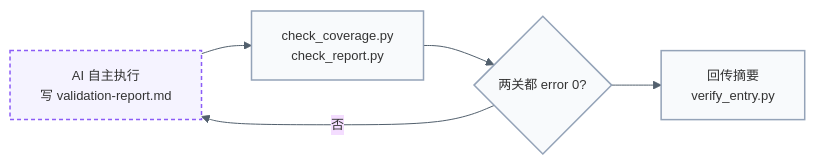
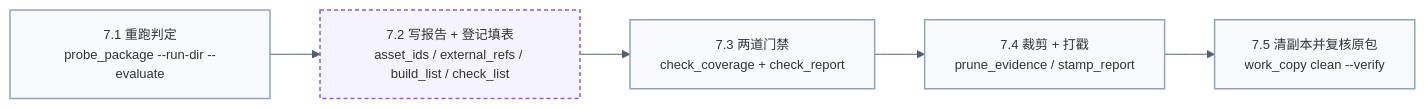
Before and after one commit to KnowledgeXLab/sci-asset-verify-skill: the third of 3 diagrams in README.md, drawn with Mermaid. The commit also changed other lines of this file, not shown here.

````diff
--- a/README.md
+++ b/README.md
@@ -226,11 +225,10 @@
-    ```mermaid
-    %%{init: {"theme": "base", "themeVariables": {"fontSize": "13px", "lineColor": "#52606d"}}}%%
-    flowchart LR
-        S3["AI 自主执行<br/>写 validation-report.md"] --> S3b["check_coverage.py<br/>check_report.py"] --> G{"两关都 error 0?"} --> OUT["回传摘要<br/>verify_entry.py"]
-        G -- 否 --> S3
+```mermaid
+%%{init: {"theme": "base", "themeVariables": {"fontSize": "13px", "lineColor": "#52606d"}}}%%
+flowchart LR
+    H1["7.1 重跑判定<br/>probe_package --run-dir --evaluate"] --> H2["7.2 写报告 + 登记填表<br/>asset_ids / external_refs / build_list / check_list"] --> H3["7.3 两道门禁<br/>check_coverage + check_report"] --> H4["7.4 裁剪 + 打戳<br/>prune_evidence / stamp_report"] --> H5["7.5 清副本并复核原包<br/>work_copy clean --verify"]
 
-        classDef script fill:#f8fafc,stroke:#94a3b8,stroke-width:1.5px;
-        classDef ai fill:#f5f3ff,stroke:#8b5cf6,stroke-width:1.5px,stroke-dasharray:4 3;
-        class S3 ai;
-        class S3b,G,OUT script;
-    ```
+    classDef script fill:#f8fafc,stroke:#94a3b8,stroke-width:1.5px;
+    classDef ai fill:#f5f3ff,stroke:#8b5cf6,stroke-width:1.5px,stroke-dasharray:4 3;
+    class H1,H3,H4,H5 script
+    class H2 ai
+```
````
